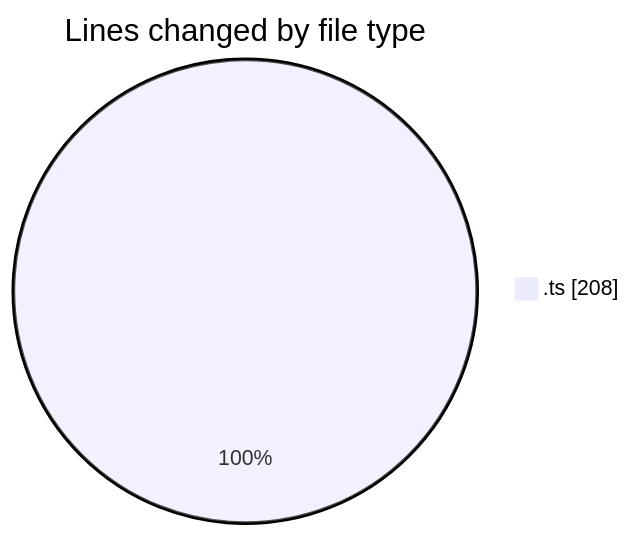
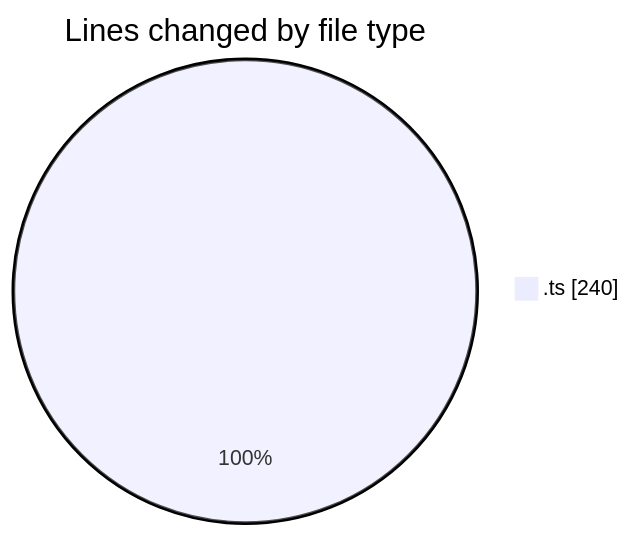
The first of 2 diagrams in 2025-08-01/cda/README.md (momahboobian/code-tracking), drawn with Mermaid before and after one commit. The commit also changed other lines of this file and 1 other file, not shown here.

````diff
--- a/2025-08-01/cda/README.md
+++ b/2025-08-01/cda/README.md
@@ -20,5 +20,5 @@
 ```mermaid
 pie showData
 title Lines changed by file type
-".ts" : 208
+".ts" : 240
 ```
````
